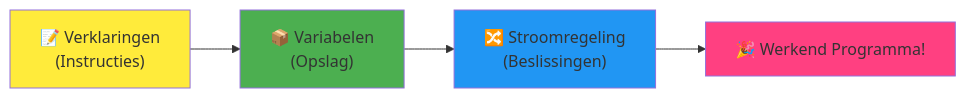
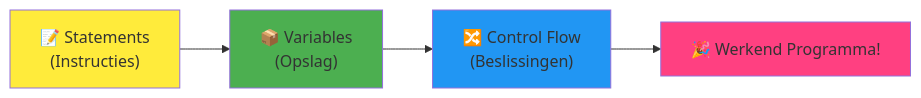
One commit to microsoft/Web-Dev-For-Beginners changed the fourth of 7 diagrams in translations/nl/1-getting-started-lessons/1-intro-to-programming-languages/README.md. Above: the diagram before and after it, drawn with Mermaid. The commit also changed other lines of this file and 8 other files, not shown here.

````diff
--- a/translations/nl/1-getting-started-lessons/1-intro-to-programming-languages/README.md
+++ b/translations/nl/1-getting-started-lessons/1-intro-to-programming-languages/README.md
@@ -467,9 +467,9 @@
 ```mermaid
 flowchart LR
-    A["📝 Verklaringen<br/>(Instructies)"] --> B["📦 Variabelen<br/>(Opslag)"] --> C["🔀 Stroomregeling<br/>(Beslissingen)"] --> D["🎉 Werkend Programma!"]
+    A["📝 Statements<br/>(Instructies)"] --> B["📦 Variables<br/>(Opslag)"] --> C["🔀 Control Flow<br/>(Beslissingen)"] --> D["🎉 Werkend Programma!"]
     
     style A fill:#ffeb3b
     style B fill:#4caf50
     style C fill:#2196f3
     style D fill:#ff4081
 ```
````
